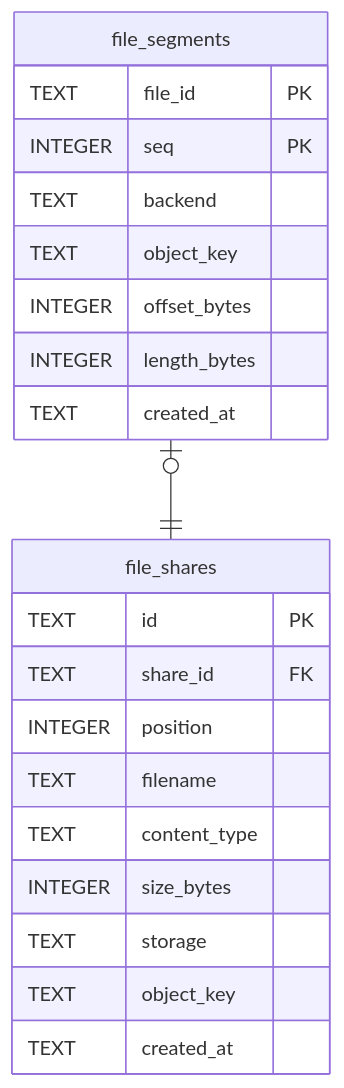
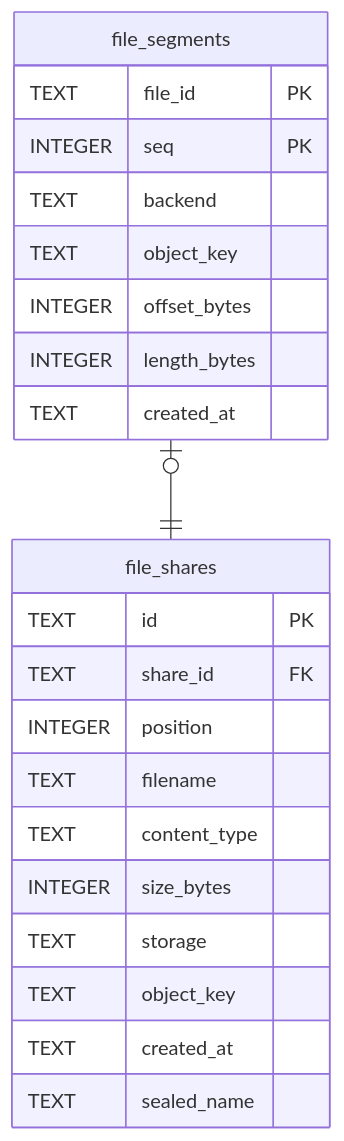
Before and after one commit to Limatura/tessera: the diagram in docs/schema/file_segments.md, drawn with Mermaid. The commit also changed 38 other files, not shown here.

````diff
--- a/docs/schema/file_segments.md
+++ b/docs/schema/file_segments.md
@@ -60,26 +60,27 @@
 ```mermaid
 erDiagram
 
 "file_segments" |o--|| "file_shares" : ""
 
 "file_segments" {
   TEXT file_id PK
   INTEGER seq PK
   TEXT backend
   TEXT object_key
   INTEGER offset_bytes
   INTEGER length_bytes
   TEXT created_at
 }
 "file_shares" {
   TEXT id PK
   TEXT share_id FK
   INTEGER position
   TEXT filename
   TEXT content_type
   INTEGER size_bytes
   TEXT storage
   TEXT object_key
   TEXT created_at
+  TEXT sealed_name
 }
 ```
````
